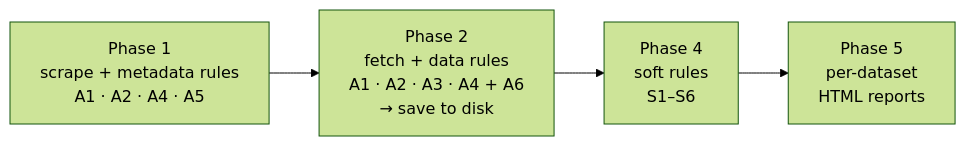
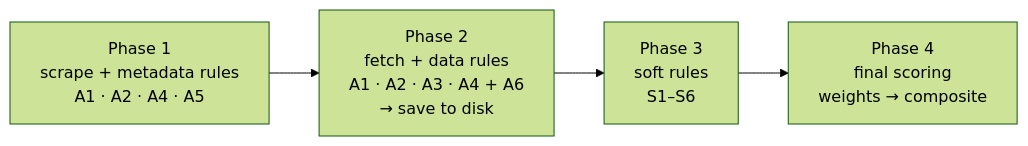
The first of 5 diagrams in README.md (JuliusBraitinger/tabular-benchmark-pipeline), drawn with Mermaid (forest theme) before and after one commit. The commit also changed other lines of this file and 2 other files, not shown here.

First line of the commit message:
merge: phase renumbering and report labels from tcml

````diff
--- a/README.md
+++ b/README.md
@@ -24,8 +24,8 @@
 ```mermaid
 flowchart LR
   P1["Phase 1<br/>scrape + metadata rules<br/>A1 · A2 · A4 · A5"]
   P2["Phase 2<br/>fetch + data rules<br/>A1 · A2 · A3 · A4 + A6<br/>→ save to disk"]
-  P4["Phase 4<br/>soft rules<br/>S1–S6"]
-  P5["Phase 5<br/>per-dataset<br/>HTML reports"]
-  P1 --> P2 --> P4 --> P5
+  P3["Phase 3<br/>soft rules<br/>S1–S6"]
+  P4["Phase 4<br/>final scoring<br/>weights → composite"]
+  P1 --> P2 --> P3 --> P4
 ```
````
